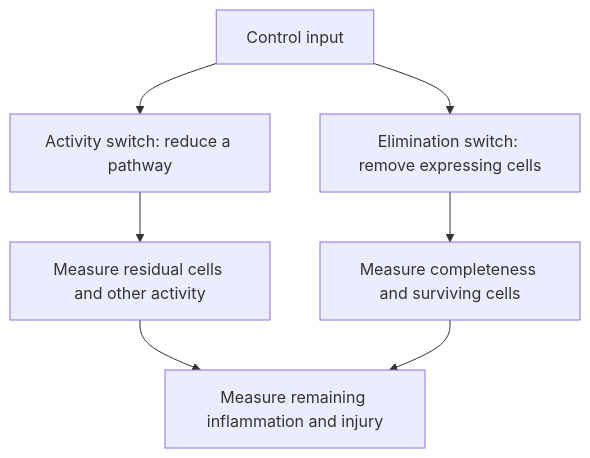
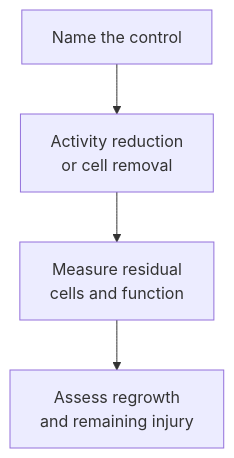
One commit to jasonLaster/oncoguide changed the diagram in wiki/education/concepts/therapeutics/cell-therapies/safety-switches.md. Above: the diagram before and after it, drawn with Mermaid. The commit also changed other lines of this file and 43 other files, not shown here.

Commit message:
education: sync engineered-cell curriculum and native diagram settings

````diff
--- a/wiki/education/concepts/therapeutics/cell-therapies/safety-switches.md
+++ b/wiki/education/concepts/therapeutics/cell-therapies/safety-switches.md
@@ -42,9 +42,6 @@
 ```mermaid
 flowchart TD
-  A["Control input"] --> B["Activity switch: reduce a pathway"]
-  A --> C["Elimination switch: remove expressing cells"]
-  B --> D["Measure residual cells and other activity"]
-  C --> E["Measure completeness and surviving cells"]
-  D --> F["Measure remaining inflammation and injury"]
-  E --> F
+  A["Name the control"] --> B["Activity reduction<br/>or cell removal"]
+  B --> C["Measure residual<br/>cells and function"]
+  C --> D["Assess regrowth<br/>and remaining injury"]
 ```
````
